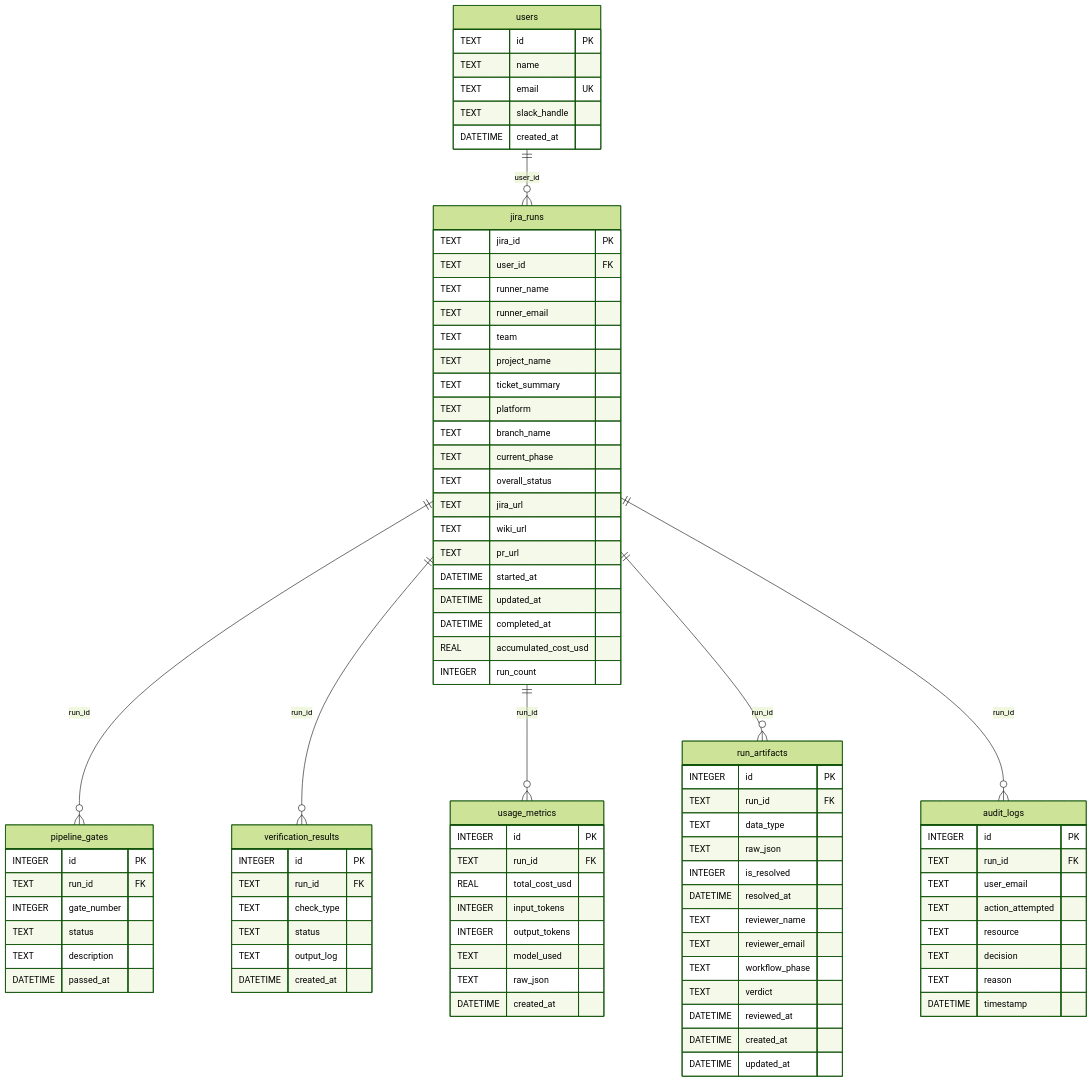
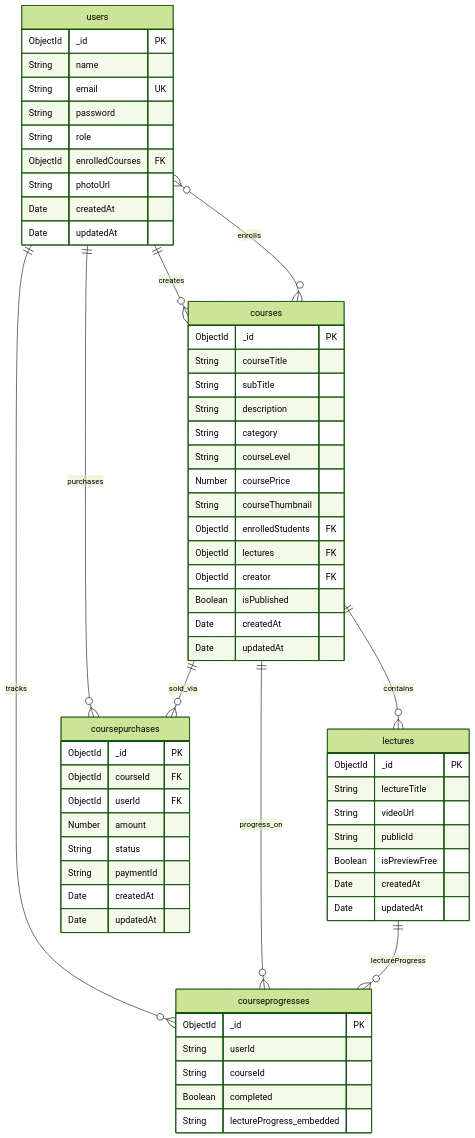
Before and after one commit to t-divyanshupatel/Task: the diagram in Intermediate/I1/er-diagram-report.md, drawn with Mermaid (forest theme). The commit also changed other lines of this file and 53 other files, not shown here.

````diff
--- a/Intermediate/I1/er-diagram-report.md
+++ b/Intermediate/I1/er-diagram-report.md
@@ -276,95 +209,64 @@
 ```mermaid
 erDiagram
     users {
-        TEXT id PK
-        TEXT name
-        TEXT email UK
-        TEXT slack_handle
-        DATETIME created_at
+        ObjectId _id PK
+        String name
+        String email UK
+        String password
+        String role
+        ObjectId enrolledCourses FK
+        String photoUrl
+        Date createdAt
+        Date updatedAt
     }
-
-    jira_runs {
-        TEXT jira_id PK
-        TEXT user_id FK
-        TEXT runner_name
-        TEXT runner_email
-        TEXT team
-        TEXT project_name
-        TEXT ticket_summary
-        TEXT platform
-        TEXT branch_name
-        TEXT current_phase
-        TEXT overall_status
-        TEXT jira_url
-        TEXT wiki_url
-        TEXT pr_url
-        DATETIME started_at
-        DATETIME updated_at
-        DATETIME completed_at
-        REAL accumulated_cost_usd
-        INTEGER run_count
+    courses {
+        ObjectId _id PK
+        String courseTitle
+        String subTitle
+        String description
+        String category
+        String courseLevel
+        Number coursePrice
+        String courseThumbnail
+        ObjectId enrolledStudents FK
+        ObjectId lectures FK
+        ObjectId creator FK
+        Boolean isPublished
+        Date createdAt
+        Date updatedAt
     }
-
-    pipeline_gates {
-        INTEGER id PK
-        TEXT run_id FK
-        INTEGER gate_number
-        TEXT status
-        TEXT description
-        DATETIME passed_at
+    lectures {
+        ObjectId _id PK
+        String lectureTitle
+        String videoUrl
+        String publicId
+        Boolean isPreviewFree
+        Date createdAt
+        Date updatedAt
     }
-
-    verification_results {
-        INTEGER id PK
-        TEXT run_id FK
-        TEXT check_type
-        TEXT status
-        TEXT output_log
-        DATETIME created_at
+    coursepurchases {
+        ObjectId _id PK
+        ObjectId courseId FK
+        ObjectId userId FK
+        Number amount
+        String status
+        String paymentId
+        Date createdAt
+        Date updatedAt
     }
-
-    usage_metrics {
-        INTEGER id PK
-        TEXT run_id FK
-        REAL total_cost_usd
-        INTEGER input_tokens
-        INTEGER output_tokens
-        TEXT model_used
-        TEXT raw_json
-        DATETIME created_at
+    courseprogresses {
+        ObjectId _id PK
+        String userId
+        String courseId
+        Boolean completed
+        String lectureProgress_embedded
     }
-
-    run_artifacts {
-        INTEGER id PK
-        TEXT run_id FK
-        TEXT data_type
-        TEXT raw_json
-        INTEGER is_resolved
-        DATETIME resolved_at
-        TEXT reviewer_name
-        TEXT reviewer_email
-        TEXT workflow_phase
-        TEXT verdict
-        DATETIME reviewed_at
-        DATETIME created_at
-        DATETIME updated_at
-    }
-
-    audit_logs {
-        INTEGER id PK
-        TEXT run_id FK
-        TEXT user_email
-        TEXT action_attempted
-        TEXT resource
-        TEXT decision
-        TEXT reason
-        DATETIME timestamp
-    }
-
-    users ||--o{ jira_runs : "user_id"
-    jira_runs ||--o{ pipeline_gates : "run_id"
-    jira_runs ||--o{ verification_results : "run_id"
-    jira_runs ||--o{ usage_metrics : "run_id"
-    jira_runs ||--o{ run_artifacts : "run_id"
-    jira_runs ||--o{ audit_logs : "run_id"
+    users ||--o{ courses : "creates"
+    users }o--o{ courses : "enrolls"
+    courses ||--o{ lectures : "contains"
+    users ||--o{ coursepurchases : "purchases"
+    courses ||--o{ coursepurchases : "sold_via"
+    users ||--o{ courseprogresses : "tracks"
+    courses ||--o{ courseprogresses : "progress_on"
+    lectures ||--o{ courseprogresses : "lectureProgress"
 ```
````
